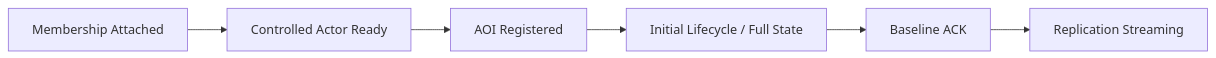
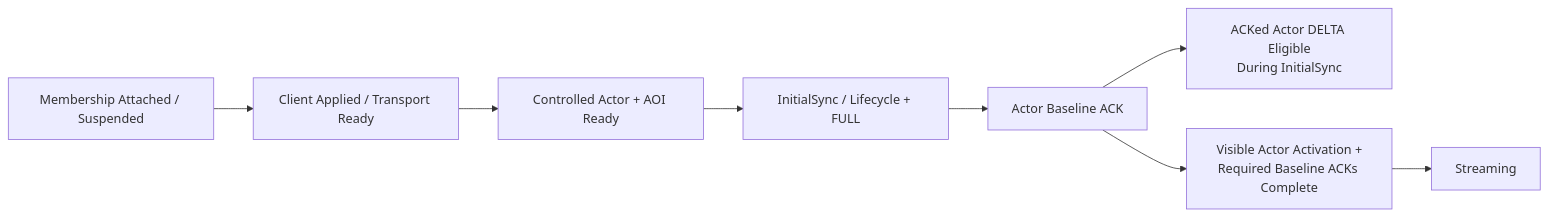
Before and after one commit to akxotjr/akxotjr.github.io: the second of 2 diagrams in content/Projects/Jam/State Synchronization/03. Baseline and Delta State.md, drawn with Mermaid. The commit also changed other lines of this file and 34 other files, not shown here.

````diff
--- a/content/Projects/Jam/State Synchronization/03. Baseline and Delta State.md
+++ b/content/Projects/Jam/State Synchronization/03. Baseline and Delta State.md
@@ -43,11 +52,15 @@
 ```mermaid
 flowchart LR
-    Membership["Membership Attached"]
-    Actor["Controlled Actor Ready"]
-    AOI["AOI Registered"]
-    Initial["Initial Lifecycle / Full State"]
-    Feedback["Baseline ACK"]
-    Streaming["Replication Streaming"]
+    Membership["Membership Attached / Suspended"]
+    Ready["Client Applied / Transport Ready"]
+    Actor["Controlled Actor + AOI Ready"]
+    Initial["InitialSync / Lifecycle + FULL"]
+    Feedback["Actor Baseline ACK"]
+    Delta["ACKed Actor DELTA Eligible<br/>During InitialSync"]
+    Complete["Visible Actor Activation +<br/>Required Baseline ACKs Complete"]
+    Streaming["Streaming"]
 
-    Membership --> Actor --> AOI --> Initial --> Feedback --> Streaming
+    Membership --> Ready --> Actor --> Initial --> Feedback
+    Feedback --> Delta
+    Feedback --> Complete --> Streaming
 ```
````
